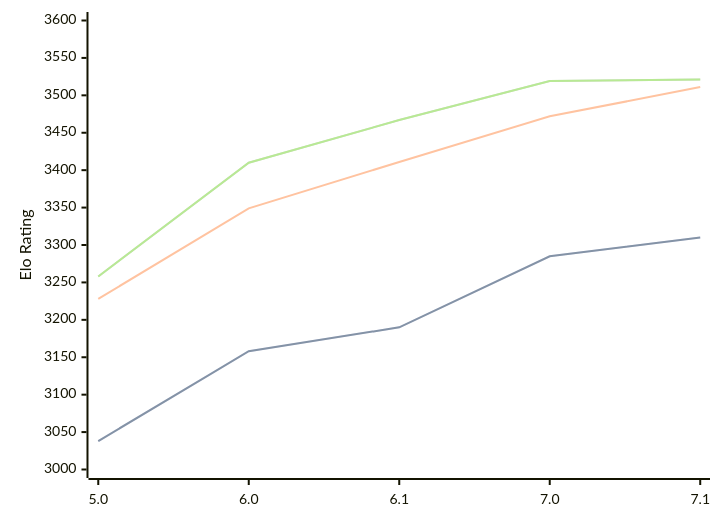
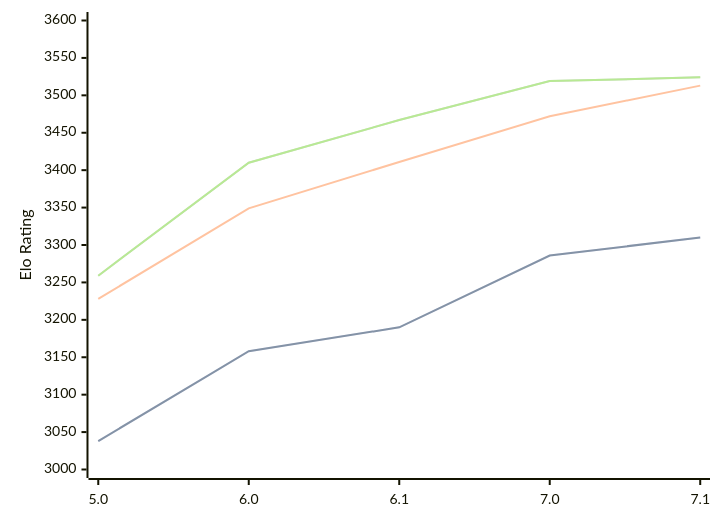
Before and after one commit to computer-chess-index/cci: the diagram in engines/PZChessBot.md, drawn with Mermaid. The commit also changed other lines of this file, not shown here.

Commit message:
Update CCI Ratings (ELO VLTC) - 2026-07-26

````diff
--- a/engines/PZChessBot.md
+++ b/engines/PZChessBot.md
@@ -44,11 +44,11 @@
 ```mermaid
 %%{init: {"theme":"base","themeVariables":{"seriesColors:['#a3a3a3','#222221','#faa371']}}}%%
 xychart-beta
   x-axis ["5.0", "6.0", "6.1", "7.0", "7.1"]
   y-axis "Elo Rating" 3000 --> 3600
-  line "STC (8.0+0.08s)" [3038, 3158, 3190, 3285, 3310]
-  line "STC (8.0+0.08s)" [3038, 3158, 3190, 3285, 3310]
-  line "LTC (60.0+0.60s)" [3228, 3349, 3411, 3472, 3511]
-  line "VLTC (2m24s+1.12s)" [3258, 3410, 3467, 3519, 3521]
-  line "VLTC (2m24s+1.12s)" [3258, 3410, 3467, 3519, 3521]
+  line "STC (8.0+0.08s)" [3038, 3158, 3190, 3286, 3310]
+  line "STC (8.0+0.08s)" [3038, 3158, 3190, 3286, 3310]
+  line "LTC (60.0+0.60s)" [3228, 3349, 3411, 3472, 3513]
+  line "VLTC (2m24s+1.12s)" [3259, 3410, 3467, 3519, 3524]
+  line "VLTC (2m24s+1.12s)" [3259, 3410, 3467, 3519, 3524]
 ```
````
